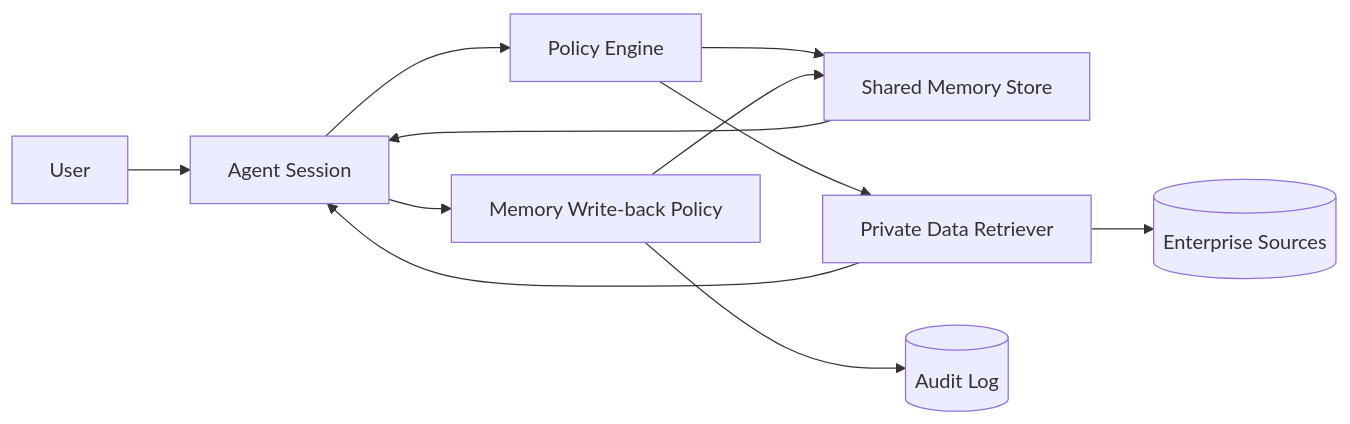
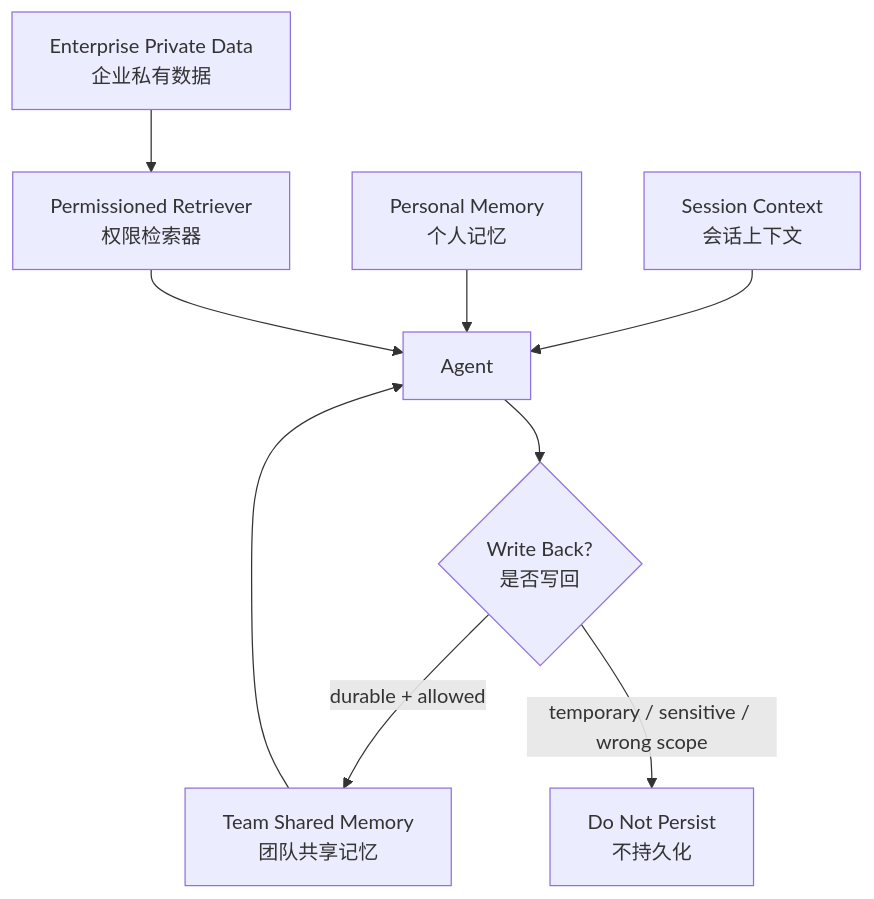
Before and after one commit to yizhiyanhua-ai/agent-shared-memory-demo: the first of 3 diagrams in README.md, drawn with Mermaid. The commit also changed other lines of this file and 1 other file, not shown here.

Commit message:
Add Chinese README and architecture notes

````diff
--- a/README.md
+++ b/README.md
@@ -27,13 +43,12 @@
 ```mermaid
-flowchart LR
-    U[User] --> A[Agent Session]
-    A --> P[Policy Engine]
-    P --> M[Shared Memory Store]
-    P --> D[Private Data Retriever]
-    D --> S[(Enterprise Sources)]
-    M --> A
-    D --> A
-    A --> W[Memory Write-back Policy]
-    W --> M
-    W --> L[(Audit Log)]
+flowchart TD
+    S[Session Context<br/>会话上下文] --> A[Agent]
+    P[Personal Memory<br/>个人记忆] --> A
+    T[Team Shared Memory<br/>团队共享记忆] --> A
+    E[Enterprise Private Data<br/>企业私有数据] --> R[Permissioned Retriever<br/>权限检索器]
+    R --> A
+
+    A --> W{Write Back?<br/>是否写回}
+    W -- durable + allowed --> T
+    W -- temporary / sensitive / wrong scope --> X[Do Not Persist<br/>不持久化]
 ```
````
